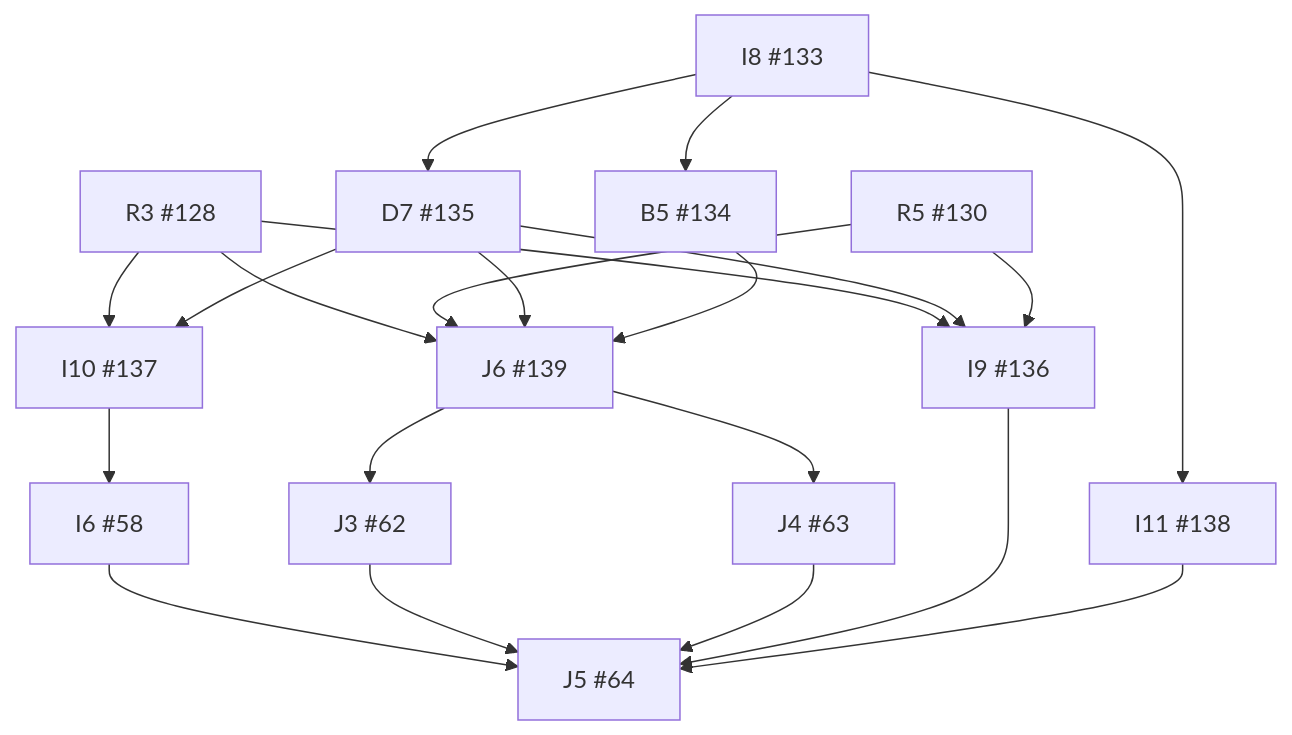
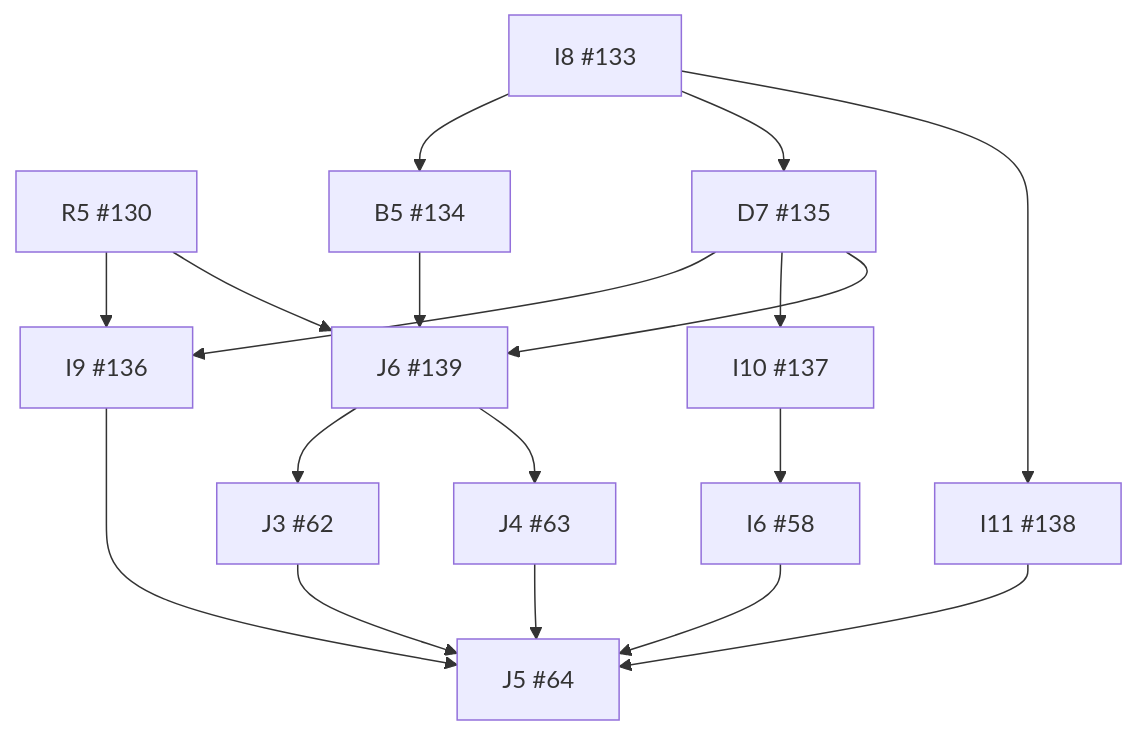
Before and after one commit to wojtekpiskorz/kiero: the diagram in docs/implementation/dependency-graph.md, drawn with Mermaid. The commit also changed other lines of this file and 6 other files, not shown here.

````diff
--- a/docs/implementation/dependency-graph.md
+++ b/docs/implementation/dependency-graph.md
@@ -9,36 +9,32 @@
 ```mermaid
 flowchart TD
   I6["I6 #58"]
   J3["J3 #62"]
   J4["J4 #63"]
   J5["J5 #64"]
-  R3["R3 #128"]
   R5["R5 #130"]
   I8["I8 #133"]
   B5["B5 #134"]
   D7["D7 #135"]
   I9["I9 #136"]
   I10["I10 #137"]
   I11["I11 #138"]
   J6["J6 #139"]
   I10 --> I6
   J6 --> J3
   J6 --> J4
   I6 --> J5
   J3 --> J5
   J4 --> J5
   I9 --> J5
   I11 --> J5
   I8 --> B5
   I8 --> D7
-  R3 --> I9
   D7 --> I9
   R5 --> I9
-  R3 --> I10
   D7 --> I10
   I8 --> I11
-  R3 --> J6
   R5 --> J6
   D7 --> J6
   B5 --> J6
 ```
````
